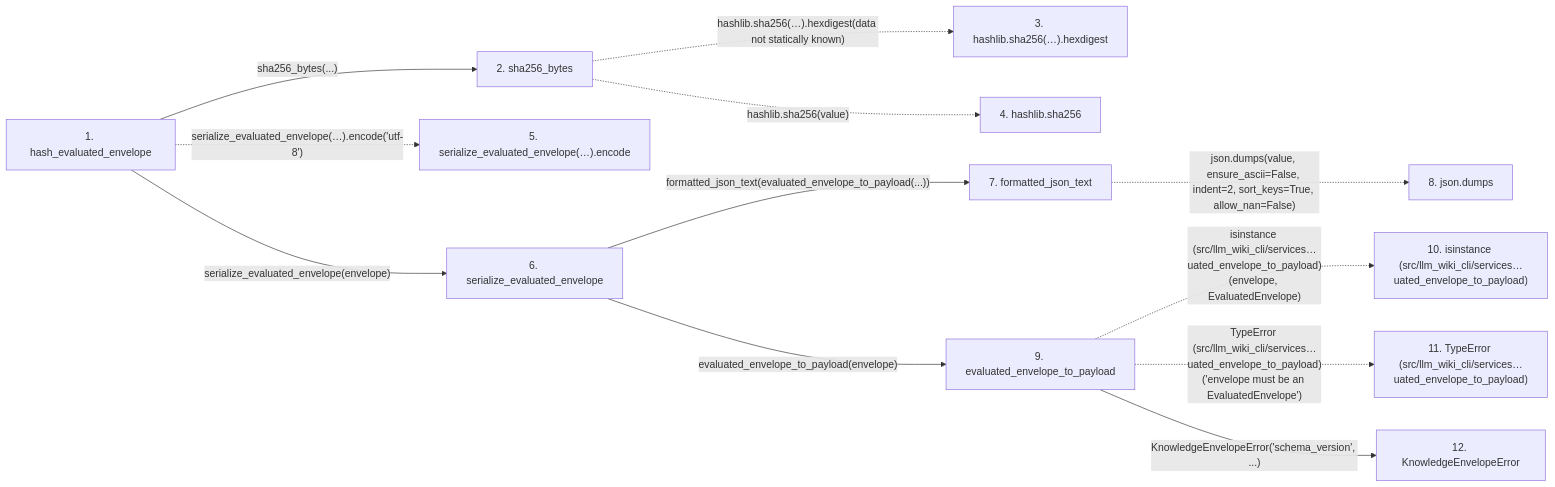
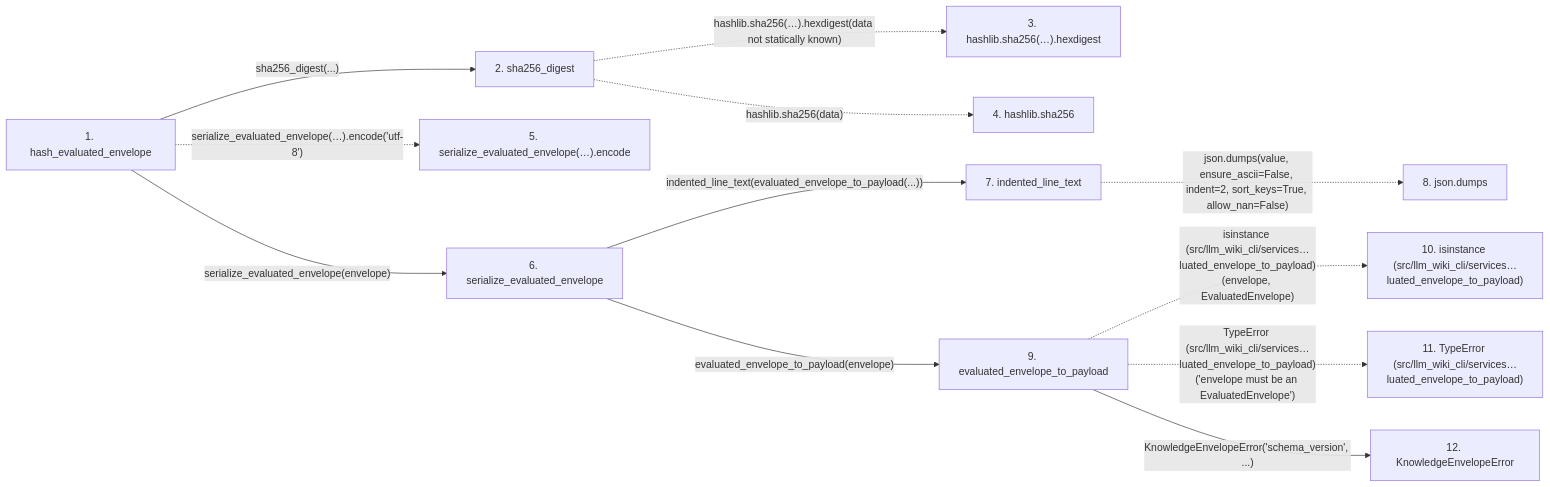
The second of 2 diagrams in docs/llm_wiki/flows/api-hash_evaluated_envelope.md (Denissvgn/python-wiki-llm), drawn with Mermaid before and after one commit. The commit also changed other lines of this file and 1555 other files, not shown here.

````diff
--- a/docs/llm_wiki/flows/api-hash_evaluated_envelope.md
+++ b/docs/llm_wiki/flows/api-hash_evaluated_envelope.md
@@ -138,32 +137,32 @@
 ```mermaid
 flowchart LR
     s1["1. hash_evaluated_envelope"]
-    s2["2. sha256_bytes"]
+    s2["2. sha256_digest"]
     s3["3. hashlib.sha256(…).hexdigest"]
     s4["4. hashlib.sha256"]
     s5["5. serialize_evaluated_envelope(…).encode"]
     s6["6. serialize_evaluated_envelope"]
-    s7["7. formatted_json_text"]
+    s7["7. indented_line_text"]
     s8["8. json.dumps"]
     s9["9. evaluated_envelope_to_payload"]
-    s10["10. isinstance (src/llm_wiki_cli/services…uated_envelope_to_payload)"]
-    s11["11. TypeError (src/llm_wiki_cli/services…uated_envelope_to_payload)"]
+    s10["10. isinstance (src/llm_wiki_cli/services…luated_envelope_to_payload)"]
+    s11["11. TypeError (src/llm_wiki_cli/services…luated_envelope_to_payload)"]
     s12["12. KnowledgeEnvelopeError"]
-    s1 -->|"sha256_bytes(...)"| s2
+    s1 -->|"sha256_digest(...)"| s2
     s2 -. "hashlib.sha256(…).hexdigest(data not statically known)" .-> s3
-    s2 -. "hashlib.sha256(value)" .-> s4
+    s2 -. "hashlib.sha256(data)" .-> s4
     s1 -. "serialize_evaluated_envelope(…).encode('utf-8')" .-> s5
     s1 -->|"serialize_evaluated_envelope(envelope)"| s6
-    s6 -->|"formatted_json_text(evaluated_envelope_to_payload(...))"| s7
+    s6 -->|"indented_line_text(evaluated_envelope_to_payload(...))"| s7
     s7 -. "json.dumps(value, ensure_ascii=False, indent=2, sort_keys=True, allow_nan=False)" .-> s8
     s6 -->|"evaluated_envelope_to_payload(envelope)"| s9
-    s9 -. "isinstance (src/llm_wiki_cli/services…uated_envelope_to_payload)(envelope, EvaluatedEnvelope)" .-> s10
-    s9 -. "TypeError (src/llm_wiki_cli/services…uated_envelope_to_payload)('envelope must be an EvaluatedEnvelope')" .-> s11
+    s9 -. "isinstance (src/llm_wiki_cli/services…luated_envelope_to_payload)(envelope, EvaluatedEnvelope)" .-> s10
+    s9 -. "TypeError (src/llm_wiki_cli/services…luated_envelope_to_payload)('envelope must be an EvaluatedEnvelope')" .-> s11
     s9 -->|"KnowledgeEnvelopeError('schema_version', ...)"| s12
     click s1 "../modules/knowledge_envelope.md"
-    click s2 "../modules/knowledge_evidence.md"
+    click s2 "../modules/canonical_json.md"
     click s6 "../modules/knowledge_envelope.md"
-    click s7 "../modules/knowledge_evidence.md"
+    click s7 "../modules/canonical_json.md"
     click s9 "../modules/knowledge_envelope.md"
     click s12 "../modules/knowledge_envelope.md"
 ```
````
